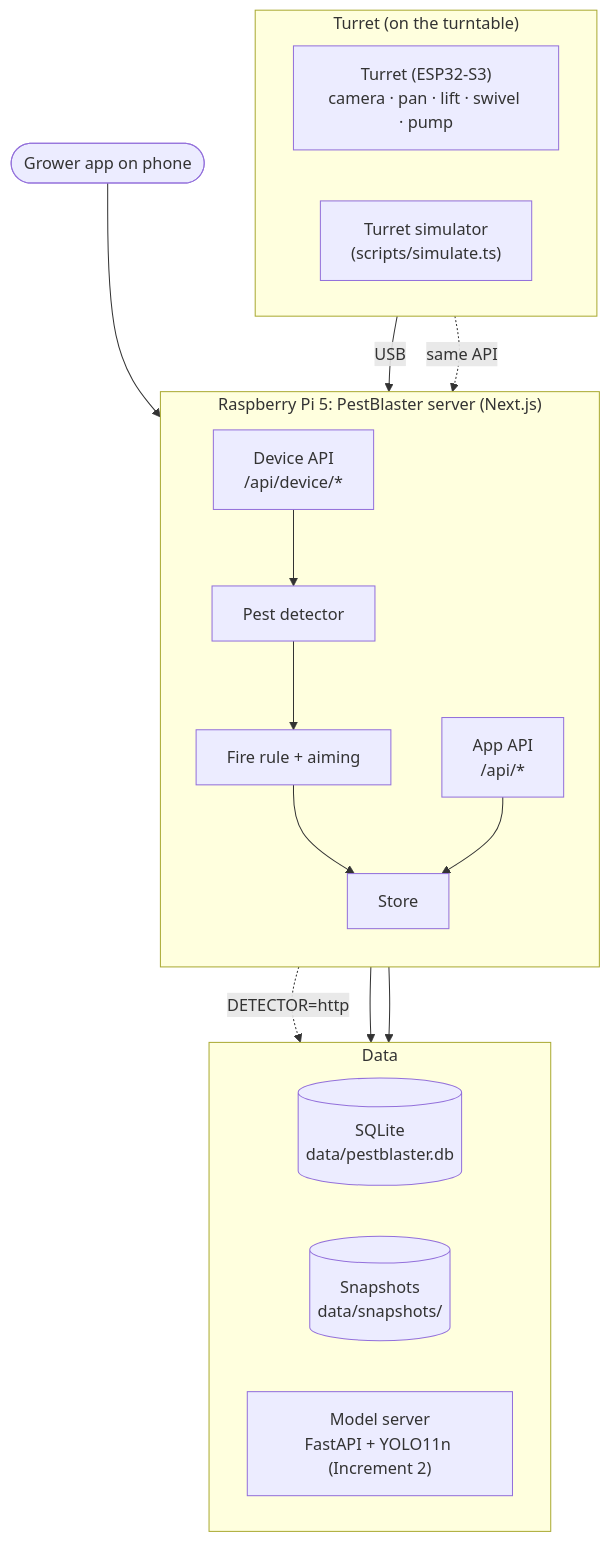
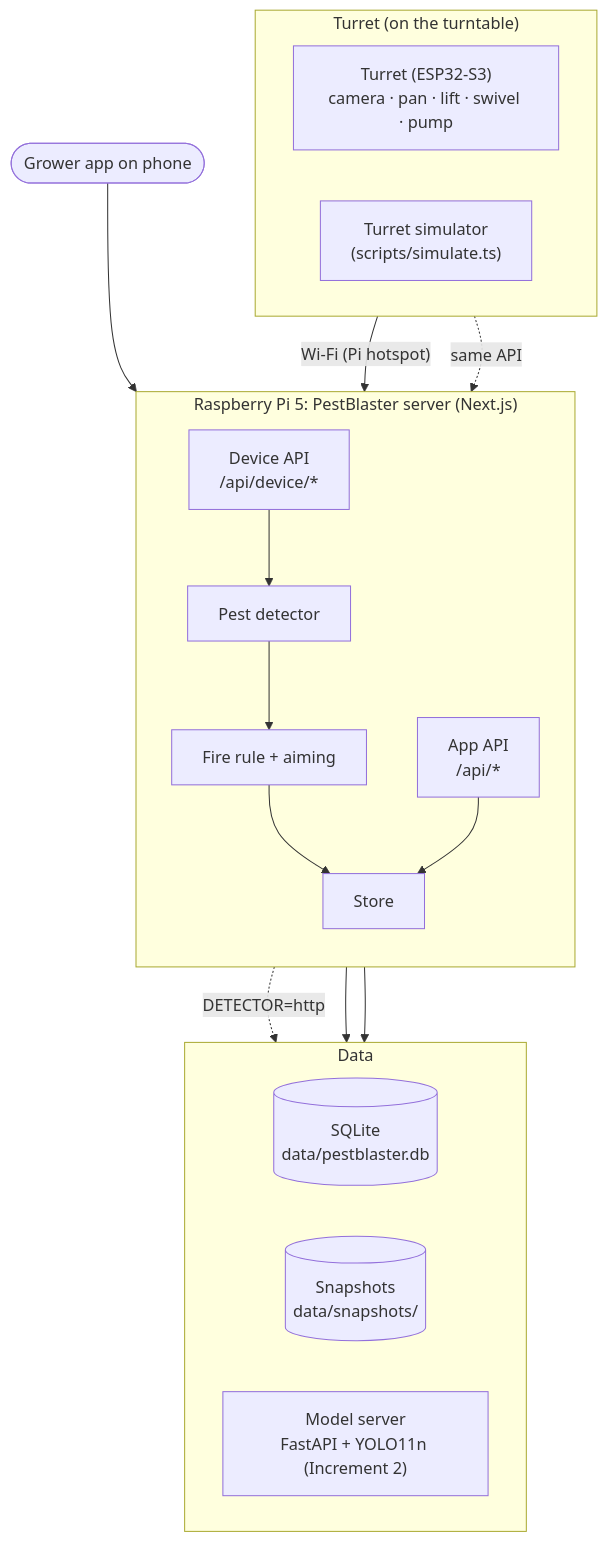
Before and after one commit to helidastar/PestBlaster: the fourth of 6 diagrams in docs/DOCUMENTATION.md, drawn with Mermaid. The commit also changed other lines of this file and 2 other files, not shown here.

Commit message:
docs(repo): use the pi wifi hotspot for the esp32 link and add the link-drop steps and test

````diff
--- a/docs/DOCUMENTATION.md
+++ b/docs/DOCUMENTATION.md
@@ -313,33 +326,33 @@
 ```mermaid
 flowchart TB
     subgraph Farm["Turret (on the turntable)"]
         direction LR
         T["Turret (ESP32-S3)<br/>camera · pan · lift · swivel · pump"]
         SIM["Turret simulator<br/>(scripts/simulate.ts)"]
     end
 
     subgraph Server["Raspberry Pi 5: PestBlaster server (Next.js)"]
         direction TB
         DAPI["Device API<br/>/api/device/*"]
         DET[Pest detector]
         DEC["Fire rule + aiming"]
         STORE[Store]
         AAPI["App API<br/>/api/*"]
     end
 
     subgraph Data["Data"]
         direction LR
         DB[("SQLite<br/>data/pestblaster.db")]
         SNAP[("Snapshots<br/>data/snapshots/")]
         MODEL["Model server<br/>FastAPI + YOLO11n (Increment 2)"]
     end
 
     APP([Grower app on phone])
 
-    T -- USB --> DAPI
+    T -- Wi-Fi (Pi hotspot) --> DAPI
     SIM -. same API .-> DAPI
     DAPI --> DET --> DEC --> STORE
     DET -. DETECTOR=http .-> MODEL
     STORE --> DB & SNAP
     APP --> AAPI --> STORE
 ```
````
